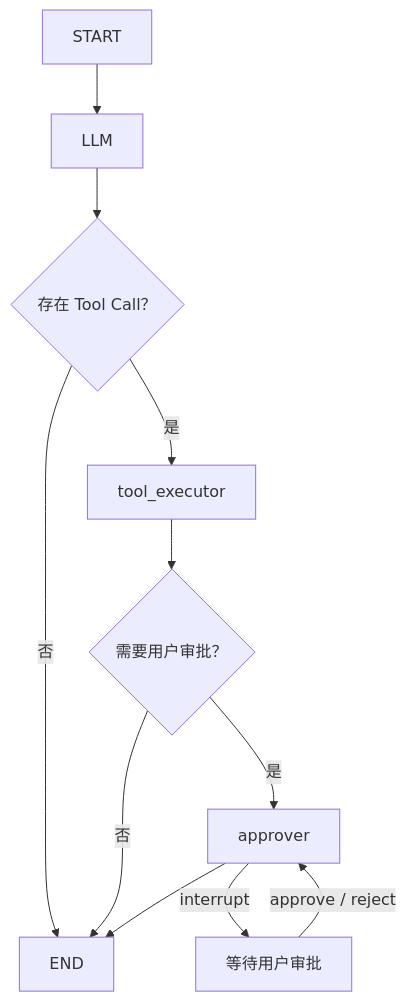
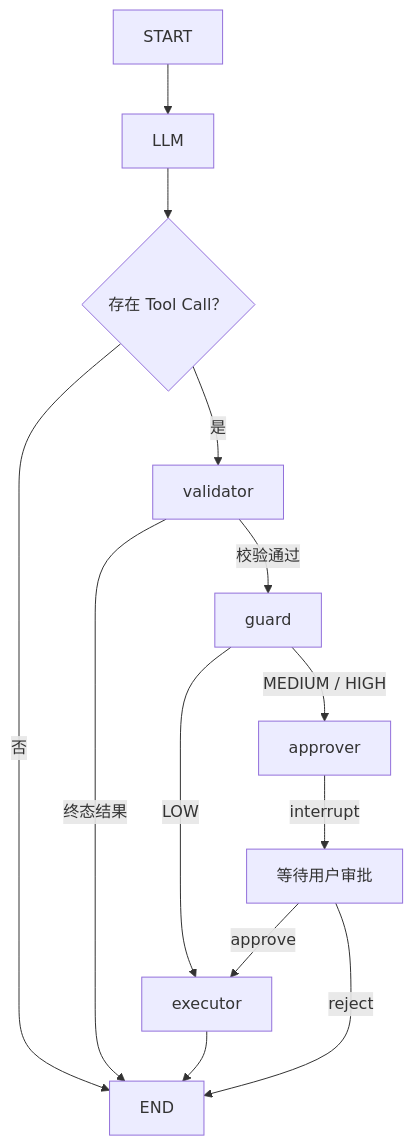
Before and after one commit to Strel1tz1a02/ResumeAgent: the diagram in docs/superpowers/specs/2026-08-01-experience-adapter-design.zh-CN.md, drawn with Mermaid. The commit also changed other lines of this file and 10 other files, not shown here.

````diff
--- a/docs/superpowers/specs/2026-08-01-experience-adapter-design.zh-CN.md
+++ b/docs/superpowers/specs/2026-08-01-experience-adapter-design.zh-CN.md
@@ -436,13 +436,15 @@
 ```mermaid
 flowchart TD
     A["START"] --> B["LLM"]
     B --> C{"存在 Tool Call？"}
     C -->|"否"| Z["END"]
-    C -->|"是"| D["tool_executor"]
-    D --> E{"需要用户审批？"}
-    E -->|"否"| Z
-    E -->|"是"| F["approver"]
+    C -->|"是"| D["validator"]
+    D -->|"终态结果"| Z
+    D -->|"校验通过"| E["guard"]
+    E -->|"LOW"| H["executor"]
+    E -->|"MEDIUM / HIGH"| F["approver"]
     F -->|"interrupt"| G["等待用户审批"]
-    G -->|"approve / reject"| F
-    F --> Z
+    G -->|"approve"| H
+    G -->|"reject"| Z
+    H --> Z
 ```
````
